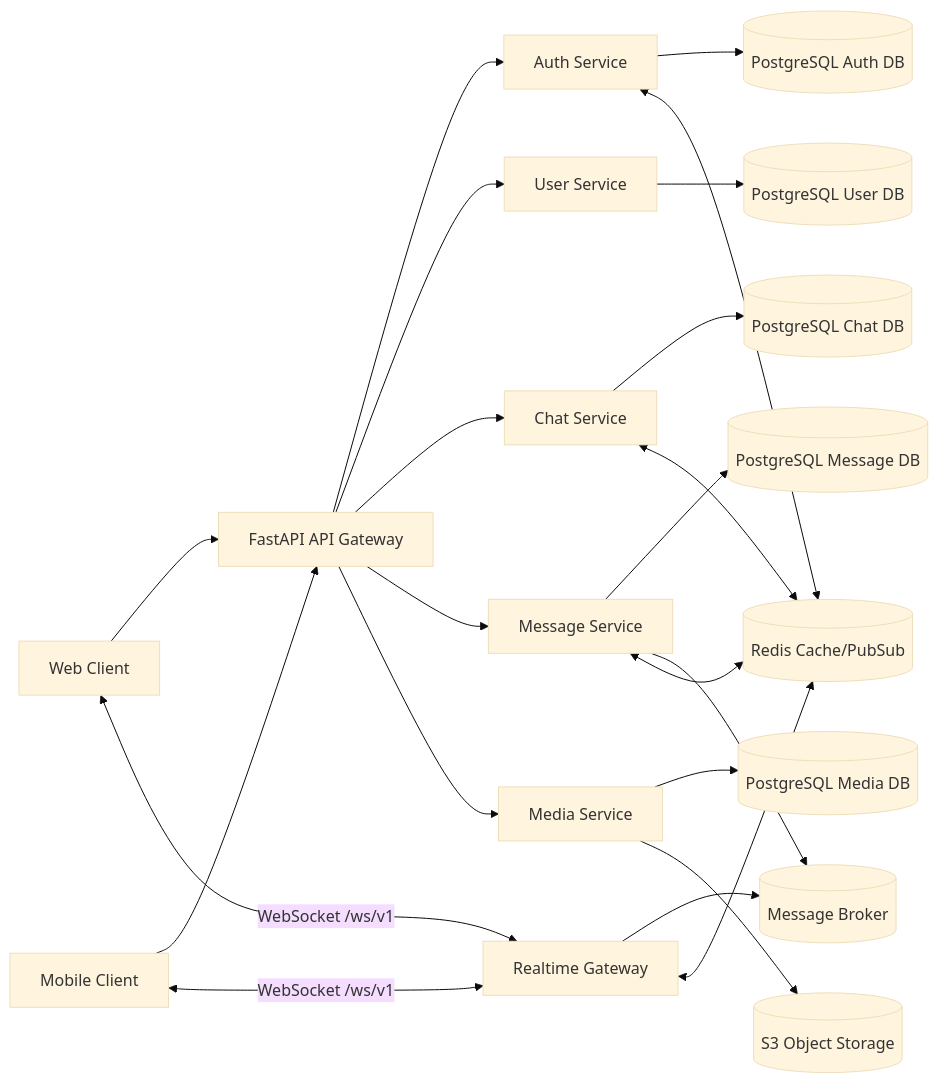
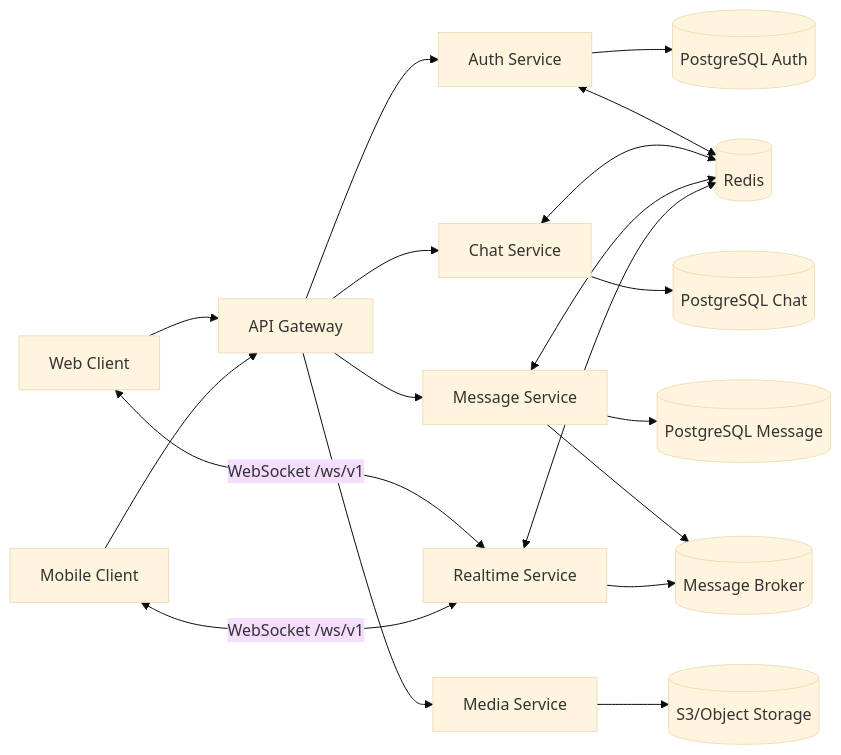
One commit to dev-lis/OwnChat changed the second of 2 diagrams in docs/service-architecture.md. Above: the diagram before and after it, drawn with Mermaid (base theme). The commit also changed other lines of this file and 28 other files, not shown here.

````diff
--- a/docs/service-architecture.md
+++ b/docs/service-architecture.md
@@ -5,29 +27,24 @@
 ```mermaid
 flowchart LR
-    C1[Web Client] --> G[FastAPI API Gateway]
-    C2[Mobile Client] --> G
+    C1["Web Client"] --> GW["API Gateway"]
+    C2["Mobile Client"] --> GW
 
-    G --> A[Auth Service]
-    G --> U[User Service]
-    G --> CH[Chat Service]
-    G --> M[Message Service]
-    G --> MD[Media Service]
-    C1 <-->|WebSocket /ws/v1| RT[Realtime Gateway]
-    C2 <-->|WebSocket /ws/v1| RT
+    GW --> A["Auth Service"]
+    GW --> CH["Chat Service"]
+    GW --> M["Message Service"]
+    GW --> MD["Media Service"]
+    C1 <-->|"WebSocket /ws/v1"| RT["Realtime Service"]
+    C2 <-->|"WebSocket /ws/v1"| RT
 
-    A --> AP[(PostgreSQL Auth DB)]
-    U --> UP[(PostgreSQL User DB)]
-    CH --> CHP[(PostgreSQL Chat DB)]
-    M --> MP[(PostgreSQL Message DB)]
-    MD --> MDP[(PostgreSQL Media DB)]
+    A --> AP[("PostgreSQL Auth")]
+    CH --> CHP[("PostgreSQL Chat")]
+    M --> MP[("PostgreSQL Message")]
+    MD --> S3[("S3/Object Storage")]
 
-    M --> B[(Message Broker)]
+    M --> B[("Message Broker")]
     RT --> B
-
-    CH <--> R[(Redis Cache/PubSub)]
+    A <--> R[("Redis")]
+    CH <--> R
     M <--> R
     RT <--> R
-    A <--> R
-
-    MD --> S3[(S3 Object Storage)]
 ```
````
